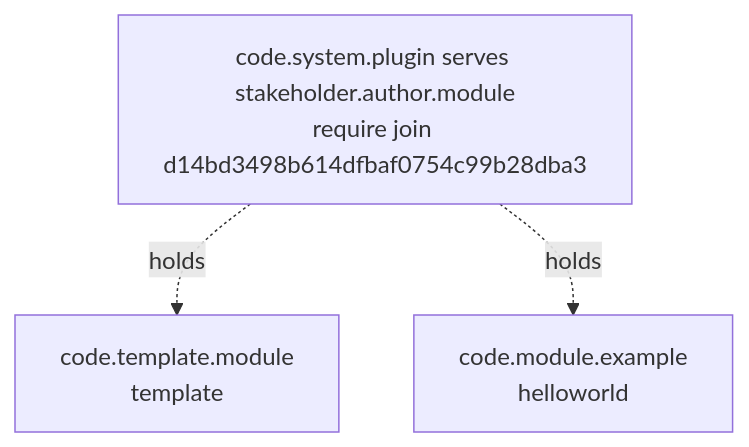
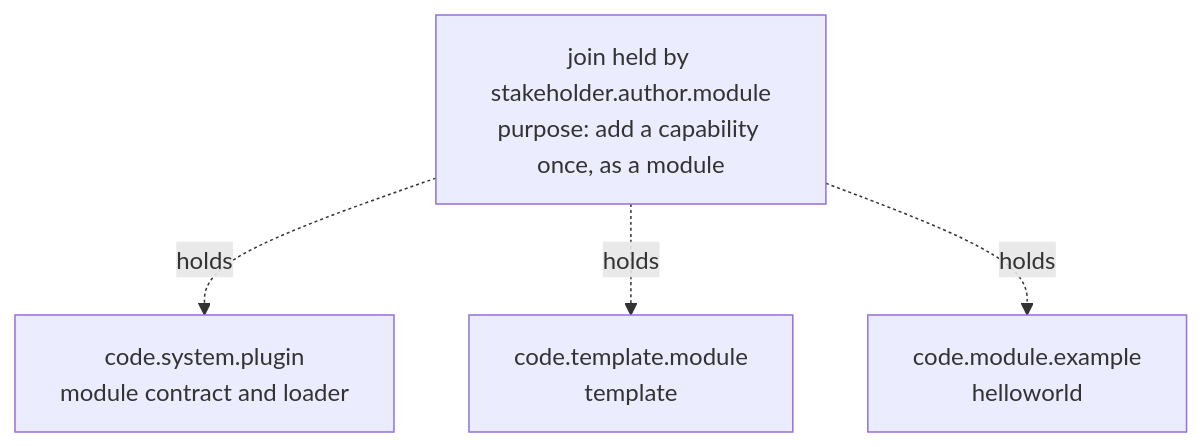
One commit to RchGrav/metaform changed the second of 3 diagrams in docs/guides/reading-a-metaform.md. Above: the diagram before and after it, drawn with Mermaid. The commit also changed other lines of this file and 87 other files, not shown here.

````diff
--- a/docs/guides/reading-a-metaform.md
+++ b/docs/guides/reading-a-metaform.md
@@ -130,6 +141,7 @@
 ```mermaid
 graph TB
-    join["code.system.plugin serves stakeholder.author.module<br/>require join d14bd3498b614dfbaf0754c99b28dba3"]
+    join["join held by stakeholder.author.module<br/>purpose: add a capability once, as a module"]
+    join -.holds.-> plugin["code.system.plugin<br/>module contract and loader"]
     join -.holds.-> template["code.template.module<br/>template"]
     join -.holds.-> example["code.module.example<br/>helloworld"]
 ```
````
